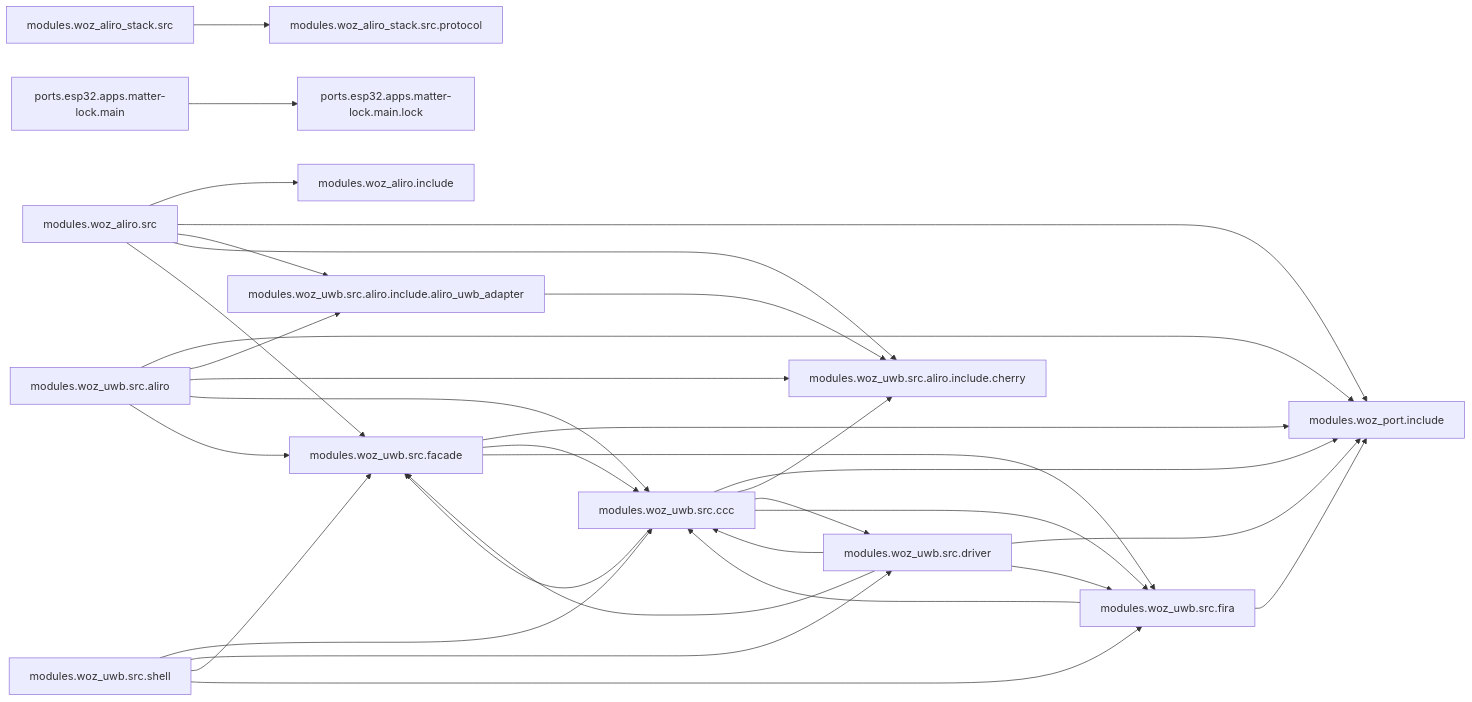
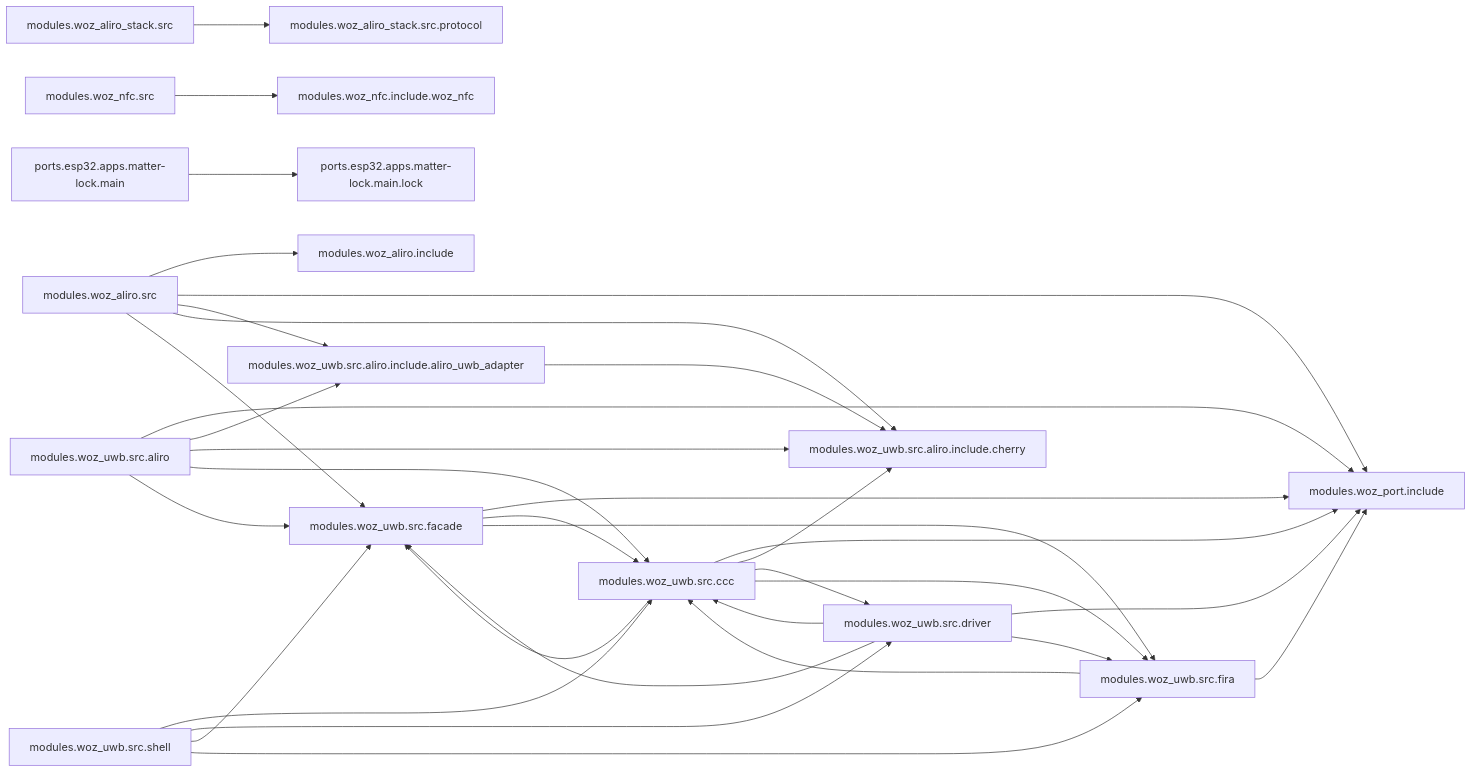
One commit to jonathan-shc/UWB changed the diagram in docs/ARCHITECTURE.md. Above: the diagram before and after it, drawn with Mermaid. The commit also changed other lines of this file and 157 other files, not shown here.

First line of the commit message:
Regenerate the doc comments and architecture pages

````diff
--- a/docs/ARCHITECTURE.md
+++ b/docs/ARCHITECTURE.md
@@ -6,34 +6,35 @@
 ```mermaid
 flowchart LR
   modules.woz_aliro.src --> modules.woz_aliro.include
   modules.woz_aliro.src --> modules.woz_port.include
   modules.woz_aliro.src --> modules.woz_uwb.src.aliro.include.aliro_uwb_adapter
   modules.woz_aliro.src --> modules.woz_uwb.src.aliro.include.cherry
   modules.woz_aliro.src --> modules.woz_uwb.src.facade
   modules.woz_aliro_stack.src --> modules.woz_aliro_stack.src.protocol
+  modules.woz_nfc.src --> modules.woz_nfc.include.woz_nfc
   modules.woz_uwb.src.aliro --> modules.woz_port.include
   modules.woz_uwb.src.aliro --> modules.woz_uwb.src.aliro.include.aliro_uwb_adapter
   modules.woz_uwb.src.aliro --> modules.woz_uwb.src.aliro.include.cherry
   modules.woz_uwb.src.aliro --> modules.woz_uwb.src.ccc
   modules.woz_uwb.src.aliro --> modules.woz_uwb.src.facade
   modules.woz_uwb.src.aliro.include.aliro_uwb_adapter --> modules.woz_uwb.src.aliro.include.cherry
   modules.woz_uwb.src.ccc --> modules.woz_port.include
   modules.woz_uwb.src.ccc --> modules.woz_uwb.src.aliro.include.cherry
   modules.woz_uwb.src.ccc --> modules.woz_uwb.src.driver
   modules.woz_uwb.src.ccc --> modules.woz_uwb.src.facade
   modules.woz_uwb.src.ccc --> modules.woz_uwb.src.fira
   modules.woz_uwb.src.driver --> modules.woz_port.include
   modules.woz_uwb.src.driver --> modules.woz_uwb.src.ccc
   modules.woz_uwb.src.driver --> modules.woz_uwb.src.facade
   modules.woz_uwb.src.driver --> modules.woz_uwb.src.fira
   modules.woz_uwb.src.facade --> modules.woz_port.include
   modules.woz_uwb.src.facade --> modules.woz_uwb.src.ccc
   modules.woz_uwb.src.facade --> modules.woz_uwb.src.fira
   modules.woz_uwb.src.fira --> modules.woz_port.include
   modules.woz_uwb.src.fira --> modules.woz_uwb.src.ccc
   modules.woz_uwb.src.shell --> modules.woz_uwb.src.ccc
   modules.woz_uwb.src.shell --> modules.woz_uwb.src.driver
   modules.woz_uwb.src.shell --> modules.woz_uwb.src.facade
   modules.woz_uwb.src.shell --> modules.woz_uwb.src.fira
   ports.esp32.apps.matter-lock.main --> ports.esp32.apps.matter-lock.main.lock
 ```
````
